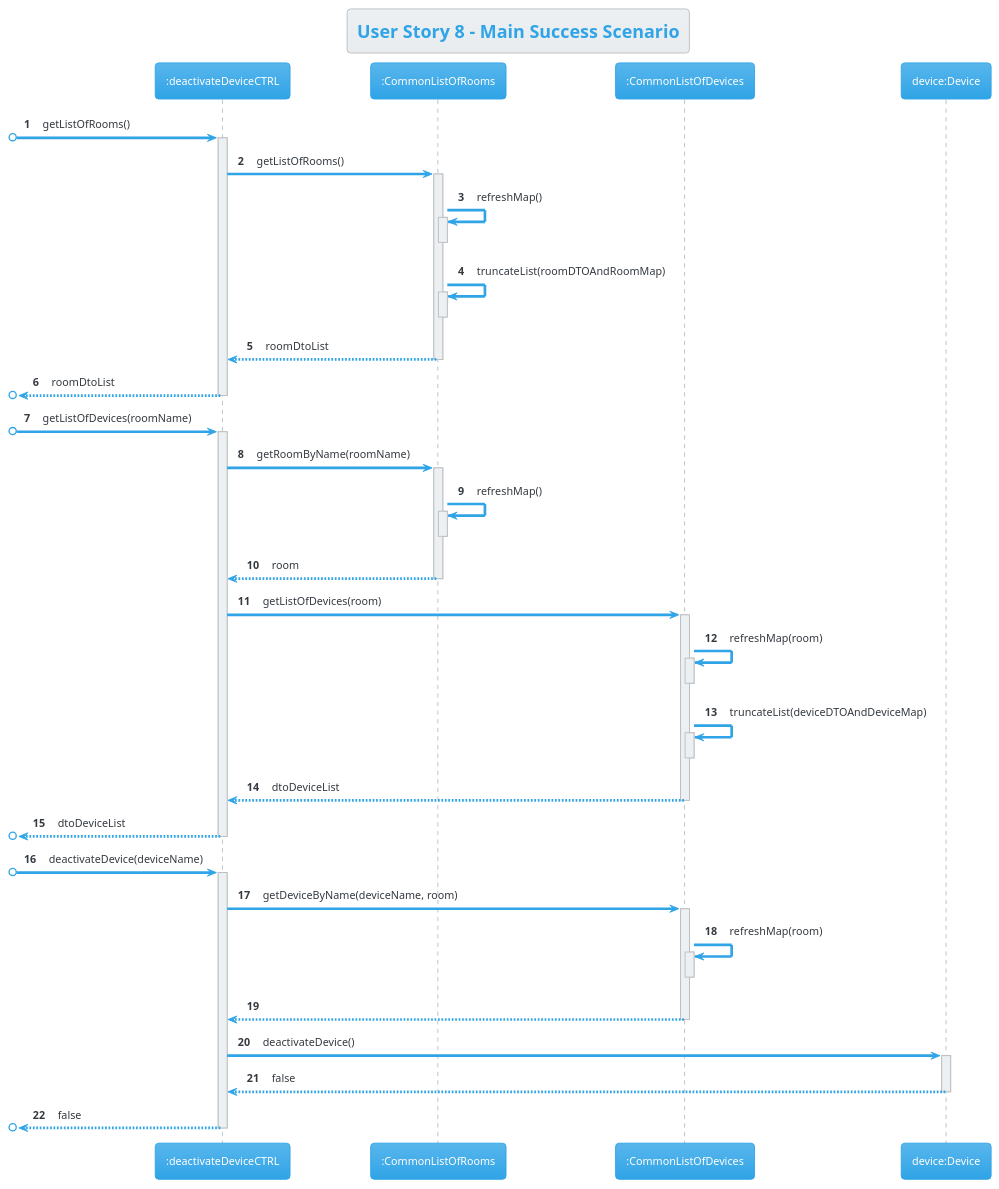
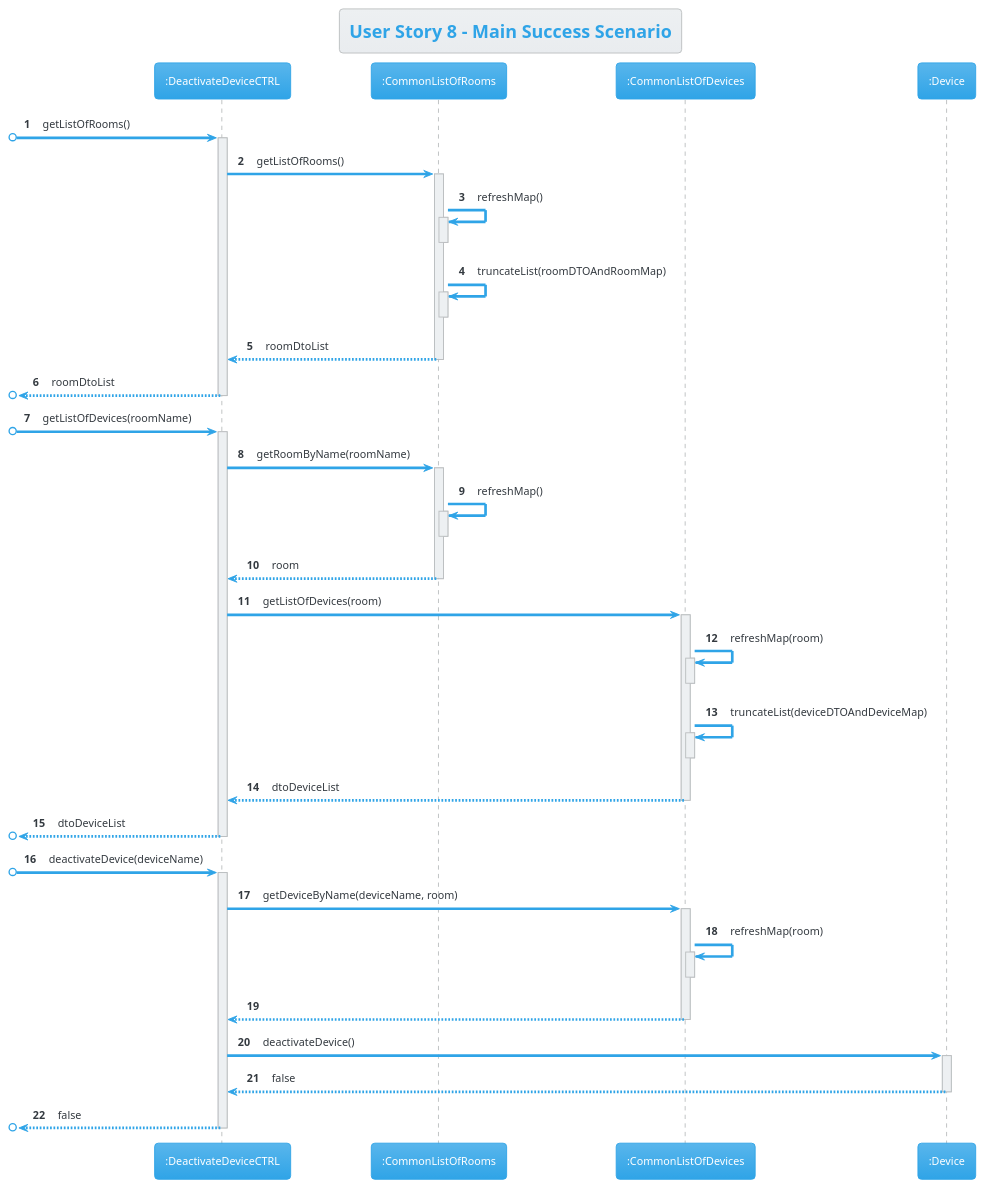
Before and after one commit to AfonsoNeves77/smartHouse: the diagram in Docs/US08/S3US08SequenceDiagram.puml, drawn with PlantUML. The commit also changed 6 other files, not shown here.

Commit message:
Team Review: Corrected all sequence diagrams according with technical sprint review feedback.

```diff
--- a/Docs/US08/S3US08SequenceDiagram.puml
+++ b/Docs/US08/S3US08SequenceDiagram.puml
@@ -1,67 +1,67 @@
  @startuml
 title User Story 8 - Main Success Scenario
 !theme cerulean
 autonumber
 
-participant ":deactivateDeviceCTRL" as C
+participant ":DeactivateDeviceCTRL" as C
 participant ":CommonListOfRooms" as CU
 participant ":CommonListOfDevices" as CD
-participant "device:Device" as D
+participant ":Device" as D
 
 
 
 [o-> C : getListOfRooms()
 activate C
 C -> CU : getListOfRooms()
 activate CU
 CU -> CU : refreshMap()
 activate CU
 deactivate CU
 
 CU -> CU : truncateList(roomDTOAndRoomMap)
 activate CU
 deactivate CU
 CU --> C : roomDtoList
 deactivate CU
 [o<-- C : roomDtoList
 deactivate C
 
 [o-> C : getListOfDevices(roomName)
 activate C
 C -> CU: getRoomByName(roomName)
 activate CU
 CU -> CU : refreshMap()
 activate CU
 deactivate CU
 CU --> C : room
 deactivate CU
 C -> CD : getListOfDevices(room)
 activate CD
 CD -> CD : refreshMap(room)
 activate CD
 deactivate CD
 
 CD -> CD : truncateList(deviceDTOAndDeviceMap)
 activate CD
 deactivate CD
 CD --> C : dtoDeviceList
 deactivate CD
 [o<-- C : dtoDeviceList
 deactivate C
 
 [o-> C : deactivateDevice(deviceName)
 activate C
 C -> CD : getDeviceByName(deviceName, room)
 activate CD
 CD -> CD : refreshMap(room)
 activate CD
 deactivate CD
 CD --> C :
 deactivate CD
 C -> D : deactivateDevice()
 activate D
 D --> C : false
 deactivate D
 [o<-- C : false
 deactivate C
 @enduml
```
